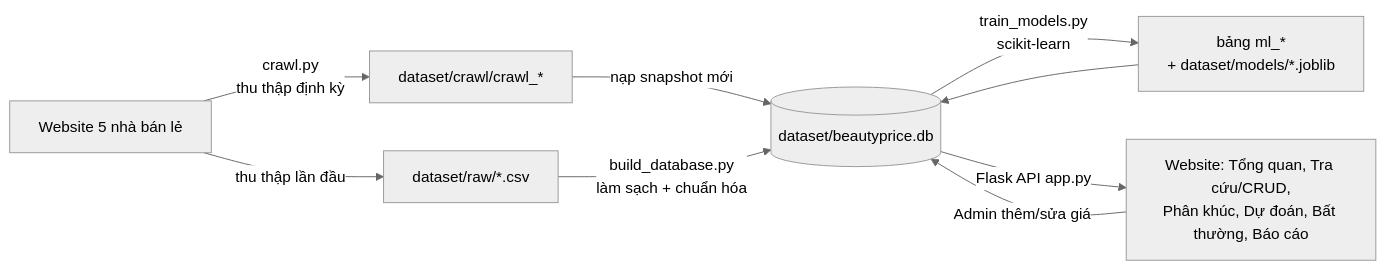
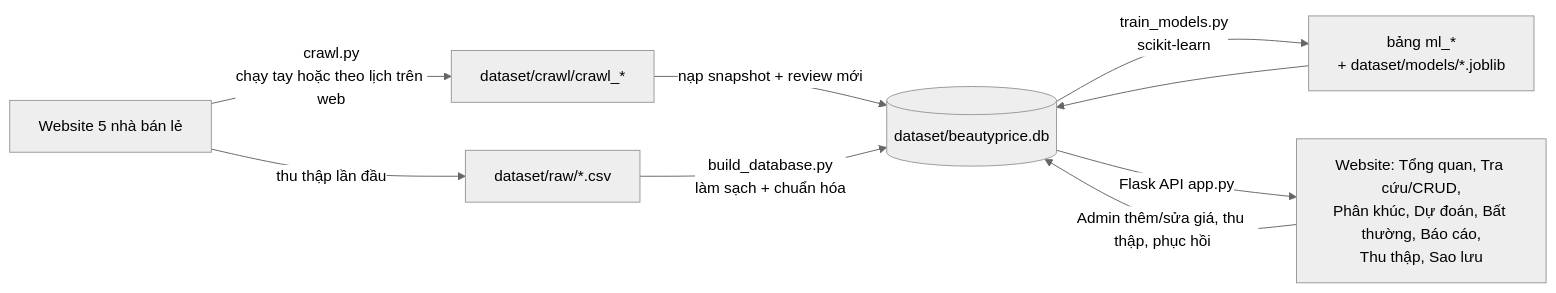
Before and after one commit to Mthu06/BEAUTYPRICE_INTELLIGENCE: the second of 2 diagrams in reports/THIET_KE_CSDL.md, drawn with Mermaid (neutral theme). The commit also changed other lines of this file and 36 other files, not shown here.

First line of the commit message:
Cập nhật tài liệu theo dữ liệu gốc 5.657 sản phẩm và các chức năng mới

````diff
--- a/reports/THIET_KE_CSDL.md
+++ b/reports/THIET_KE_CSDL.md
@@ -235,11 +258,11 @@
 ```mermaid
 flowchart LR
     A[Website 5 nhà bán lẻ] -->|thu thập lần đầu| B[dataset/raw/*.csv]
-    A -->|crawl.py<br/>thu thập định kỳ| F[dataset/crawl/crawl_*]
-    F -->|nạp snapshot mới| C
+    A -->|crawl.py<br/>chạy tay hoặc theo lịch trên web| F[dataset/crawl/crawl_*]
+    F -->|nạp snapshot + review mới| C
     B -->|build_database.py<br/>làm sạch + chuẩn hóa| C[(dataset/beautyprice.db)]
     C -->|train_models.py<br/>scikit-learn| D[bảng ml_*<br/>+ dataset/models/*.joblib]
     D --> C
-    C -->|Flask API app.py| E[Website: Tổng quan, Tra cứu/CRUD,<br/>Phân khúc, Dự đoán, Bất thường, Báo cáo]
-    E -->|Admin thêm/sửa giá| C
+    C -->|Flask API app.py| E[Website: Tổng quan, Tra cứu/CRUD,<br/>Phân khúc, Dự đoán, Bất thường, Báo cáo,<br/>Thu thập, Sao lưu]
+    E -->|Admin thêm/sửa giá, thu thập, phục hồi| C
 ```
````
